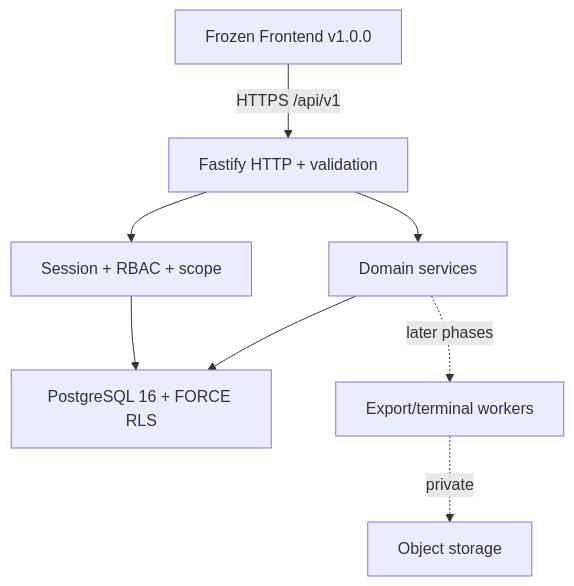
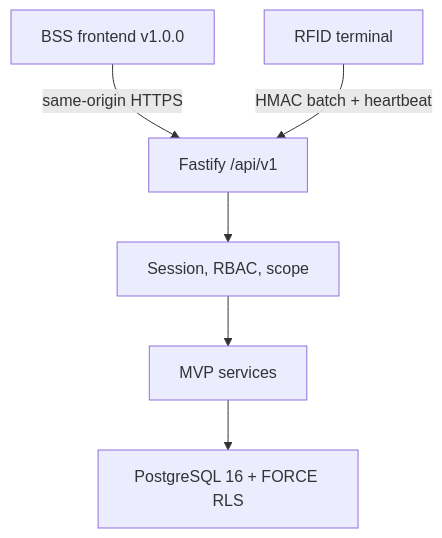
Before and after one commit to tgervasius-lgtm/MVP-BSS: the first of 2 diagrams in BACKEND_ARCHITECTURE.md, drawn with Mermaid. The commit also changed other lines of this file and 46 other files, not shown here.

````diff
--- a/BACKEND_ARCHITECTURE.md
+++ b/BACKEND_ARCHITECTURE.md
@@ -24,10 +15,8 @@
 ```mermaid
 flowchart TD
-    UI["Frozen Frontend v1.0.0"] -->|"HTTPS /api/v1"| HTTP["Fastify HTTP + validation"]
-    HTTP --> AUTH["Session + RBAC + scope"]
-    HTTP --> DOMAIN["Domain services"]
-    AUTH --> PG["PostgreSQL 16 + FORCE RLS"]
-    DOMAIN --> PG
-    DOMAIN -. "later phases" .-> JOBS["Export/terminal workers"]
-    JOBS -. "private" .-> STORE["Object storage"]
+    UI["BSS frontend v1.0.0"] -->|"same-origin HTTPS"| HTTP["Fastify /api/v1"]
+    HTTP --> SEC["Session, RBAC, scope"]
+    SEC --> SVC["MVP services"]
+    SVC --> PG["PostgreSQL 16 + FORCE RLS"]
+    DEV["RFID terminal"] -->|"HMAC batch + heartbeat"| HTTP
 ```
````
